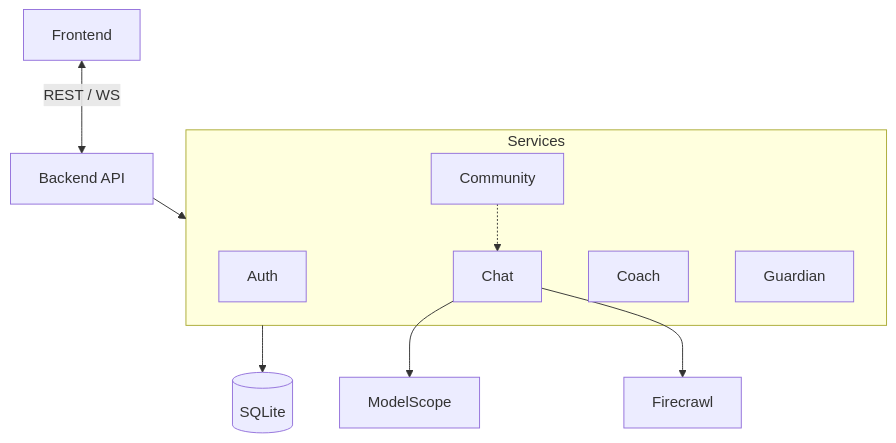
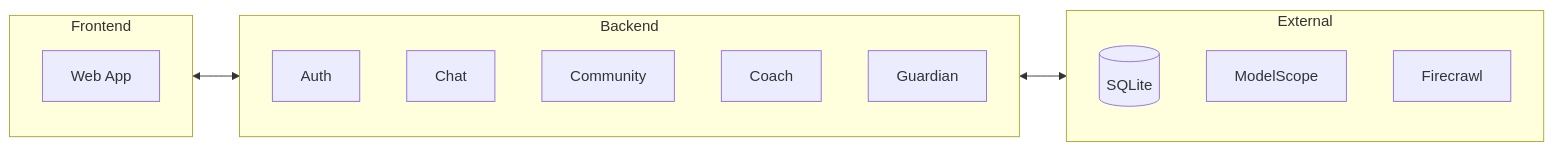
The second of 2 diagrams in docs/architecture.md (koishi510/MomShell), drawn with Mermaid before and after one commit.

````diff
--- a/docs/architecture.md
+++ b/docs/architecture.md
@@ -149,19 +149,23 @@
 ```mermaid
-flowchart TD
-    UI[Frontend] <-->|REST / WS| API[Backend API]
+flowchart LR
+    subgraph Frontend
+        UI[Web App]
+    end
 
-    API --> Services
-
-    subgraph Services[Services]
+    subgraph Backend
         Auth
         Chat
         Community
         Coach
         Guardian
     end
 
-    Services --> DB[(SQLite)]
-    Chat --> LLM[ModelScope]
-    Chat --> Search[Firecrawl]
-    Community -.-> Chat
+    subgraph External
+        DB[(SQLite)]
+        LLM[ModelScope]
+        Search[Firecrawl]
+    end
+
+    Frontend <--> Backend
+    Backend <--> External
 ```
````
